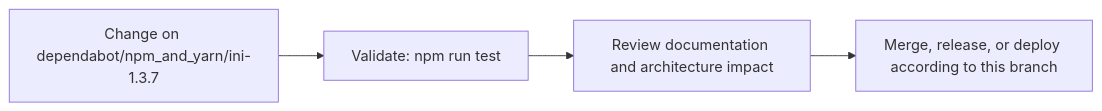
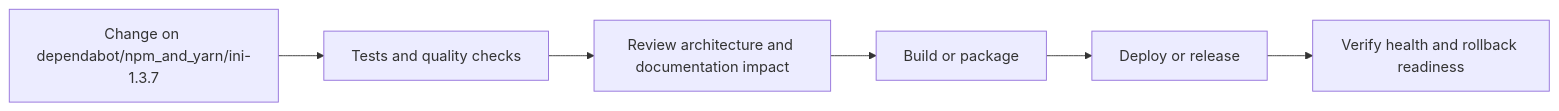
One commit to Nischhalsubba/rismfp-ui changed the fourth of 5 diagrams in README.md. Above: the diagram before and after it, drawn with Mermaid. The commit also changed other lines of this file, not shown here.

````diff
--- a/README.md
+++ b/README.md
@@ -66,8 +135,8 @@
 ```mermaid
 flowchart LR
-    CHANGE["Change on dependabot/npm_and_yarn/ini-1.3.7"]
-    CHECK["Validate: npm run test"]
-    REVIEW["Review documentation and architecture impact"]
-    RELEASE["Merge, release, or deploy according to this branch"]
-    CHANGE --> CHECK --> REVIEW --> RELEASE
+    CHANGE["Change on dependabot/npm_and_yarn/ini-1.3.7"] --> CHECK["Tests and quality checks"]
+    CHECK --> REVIEW["Review architecture and documentation impact"]
+    REVIEW --> BUILD["Build or package"]
+    BUILD --> DEPLOY["Deploy or release"]
+    DEPLOY --> VERIFY["Verify health and rollback readiness"]
 ```
````
